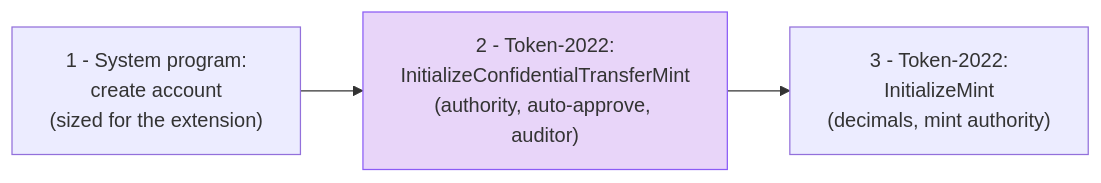
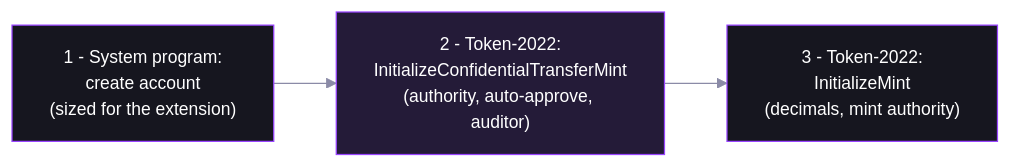
Before and after one commit to catmcgee/confidential-transfers-explorer: the diagram in workshop/01-create-mint.md, drawn with Mermaid. The commit also changed other lines of this file and 7 other files, not shown here.

````diff
--- a/workshop/01-create-mint.md
+++ b/workshop/01-create-mint.md
@@ -19,6 +17,8 @@
 ```mermaid
+%%{init: {'theme':'base','themeVariables':{'background':'transparent','primaryColor':'#16161f','primaryTextColor':'#ffffff','primaryBorderColor':'#9945FF','secondaryColor':'#0f2e21','secondaryTextColor':'#ffffff','secondaryBorderColor':'#14F195','tertiaryColor':'#241b38','tertiaryTextColor':'#ffffff','lineColor':'#8b8ba7','textColor':'#e6e6f0','fontSize':'14px','clusterBkg':'#101018','clusterBorder':'#3a3a4d','edgeLabelBackground':'#101018','actorBkg':'#16161f','actorTextColor':'#ffffff','actorBorder':'#9945FF','signalColor':'#e6e6f0','signalTextColor':'#e6e6f0','noteBkgColor':'#241b38','noteTextColor':'#e6e6f0','noteBorderColor':'#9945FF','labelBoxBkgColor':'#16161f','labelTextColor':'#ffffff','loopTextColor':'#e6e6f0'}}}%%
 flowchart LR
     A["1 - System program:<br/>create account<br/>(sized for the extension)"] --> B["2 - Token-2022:<br/>InitializeConfidentialTransferMint<br/>(authority, auto-approve, auditor)"]
     B --> C["3 - Token-2022:<br/>InitializeMint<br/>(decimals, mint authority)"]
-    style B fill:#e8d5f9,stroke:#8b5cf6
+    classDef accent fill:#241b38,stroke:#9945FF,color:#ffffff
+    class B accent
 ```
````
